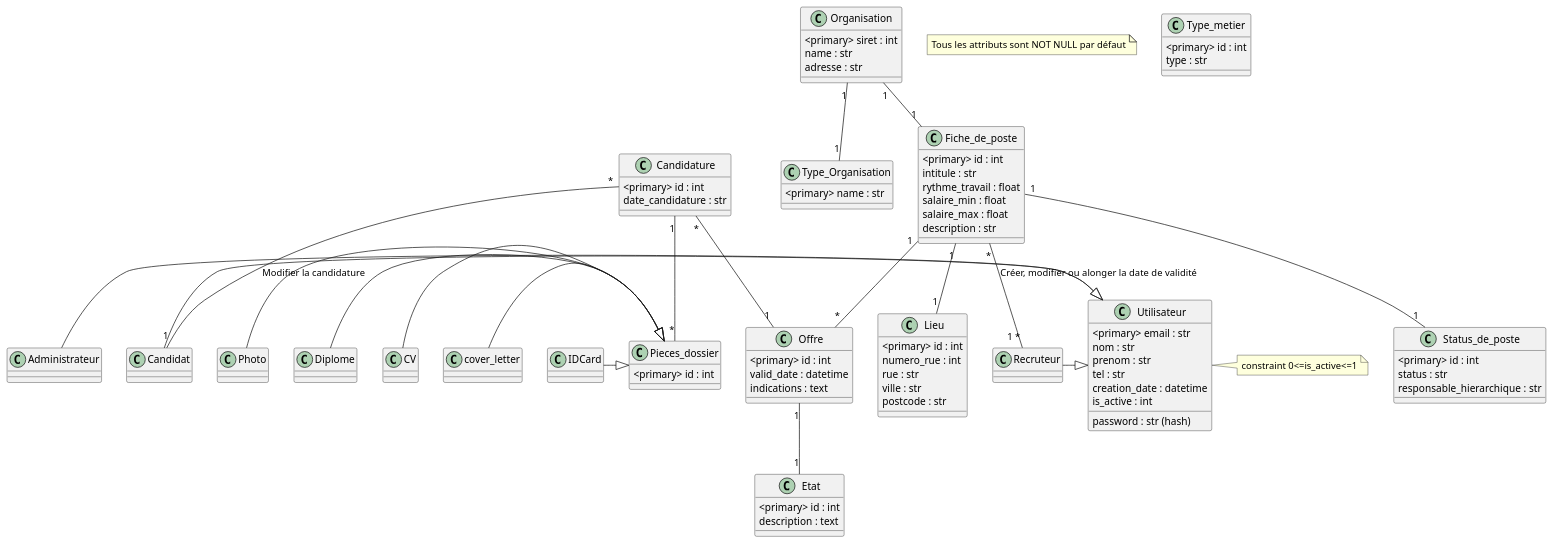
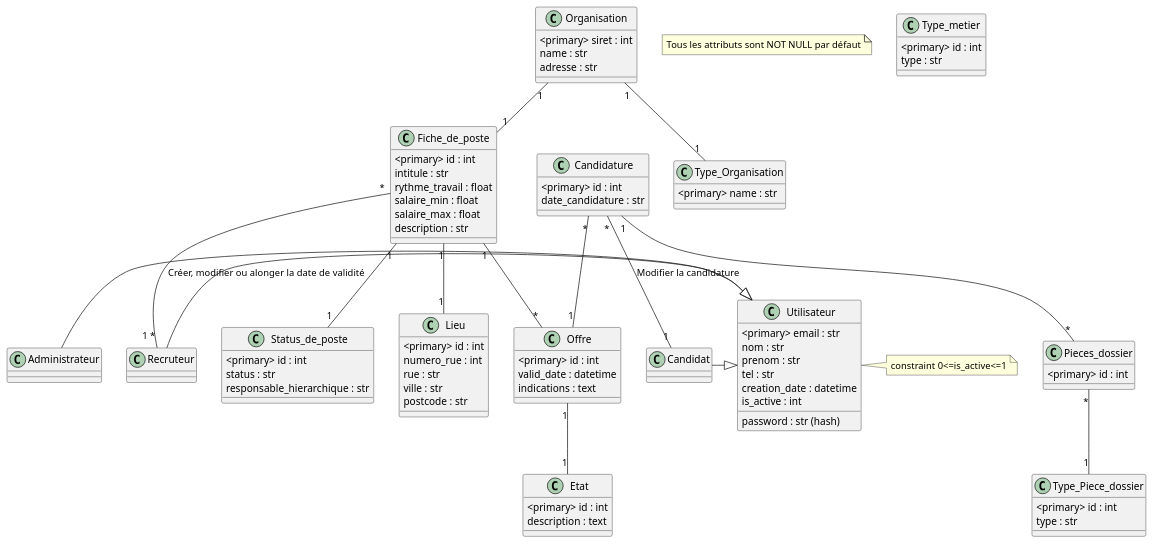
Before and after one commit to alexandreeberhardt/SR10_Website: the diagram in TD1/UML.puml, drawn with PlantUML.

Commit message:
puml for database

```diff
--- a/TD1/UML.puml
+++ b/TD1/UML.puml
@@ -1,115 +1,111 @@
 @startuml
 note "Tous les attributs sont NOT NULL par défaut" as note
 
 
 
 
 class Utilisateur{
   <primary> email : str
   password : str (hash)
   nom : str
   prenom : str
   tel : str
   creation_date : datetime
   is_active : int
 }
 note right
   constraint 0<=is_active<=1
 end note
 
 class Administrateur{
 }
 
 class Candidat{
 }
 class Recruteur{
 }
 
 
 
 class Type_Organisation{
   <primary> name : str
 }
 
 class Organisation{
   <primary> siret : int
   name : str
   adresse : str
 }
 
 class Etat{
   <primary> id : int
   description : text
 }
 
 class Offre{
   <primary> id : int
   valid_date : datetime
   indications : text
 }
 
 class Fiche_de_poste{
   <primary> id : int
   intitule : str
   rythme_travail : float
   salaire_min : float
   salaire_max : float
   description : str
 }
 
 class Status_de_poste{
   <primary> id : int
   status : str
   responsable_hierarchique : str
 }
 class Type_metier{
   <primary> id : int
   type : str
 }
 
 class Lieu{
   <primary> id : int
   numero_rue : int
   rue : str
   ville : str
   postcode : str 
 }
 
 class Candidature{
   <primary> id : int
   date_candidature : str
 
 }
 
 class Pieces_dossier{
   <primary> id : int
 }
 
-class CV{}
-class cover_letter{}
-class IDCard{}
-class Photo{}
-class Diplome{}
+class Type_Piece_dossier{
+  <primary> id : int
+  type : str
+}
 
-CV -|> Pieces_dossier
-cover_letter -|> Pieces_dossier
-IDCard -|> Pieces_dossier
-Photo -|> Pieces_dossier
-Diplome -|> Pieces_dossier
+Pieces_dossier "*" -- "1" Type_Piece_dossier
+
 
 Candidature "*" -- "1" Candidat : "Modifier la candidature"
 Candidature "*" -- "1" Offre
 Candidature "1" -- "*" Pieces_dossier
 Offre "1" -- "1" Etat
 Administrateur -|> Utilisateur
 Recruteur -|> Utilisateur
 Candidat -|> Utilisateur
 Organisation "1" -- "1" Type_Organisation
 Organisation "1" -- "1" Fiche_de_poste
 Fiche_de_poste "1" -- "*" Offre 
 Fiche_de_poste "1" -- "1" Status_de_poste 
 Fiche_de_poste "1" -- "1" Lieu 
 Fiche_de_poste "*" -- "1 *" Recruteur : "Créer, modifier ou alonger la date de validité"
 
 
 @enduml
```
